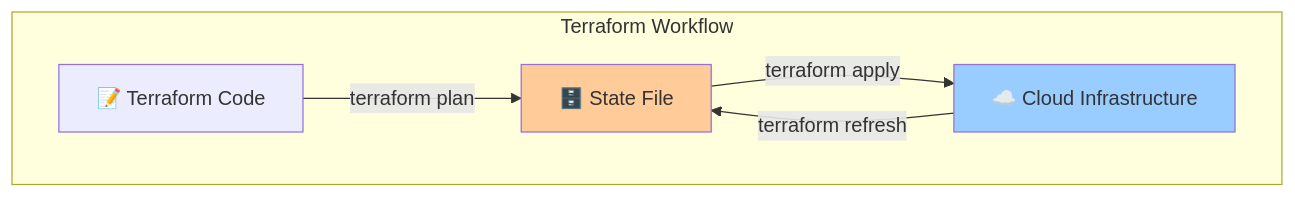
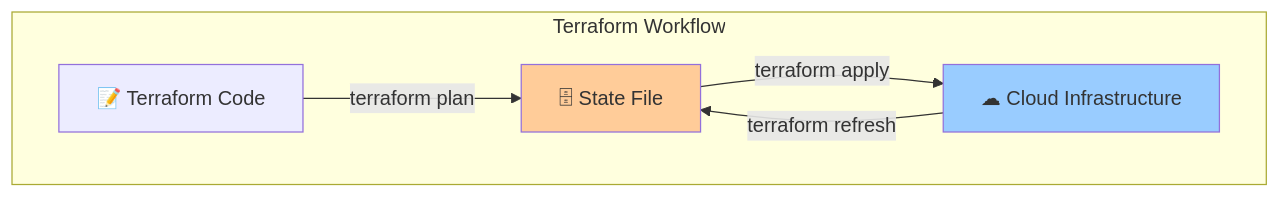
One commit to mtalvik/automation changed the third of 3 diagrams in docs/terraform_basics/lecture.md. Above: the diagram before and after it, drawn with Mermaid. The commit also changed other lines of this file and 168 other files, not shown here.

````diff
--- a/docs/terraform_basics/lecture.md
+++ b/docs/terraform_basics/lecture.md
@@ -858,15 +858,15 @@
 ```mermaid
 graph TB
     subgraph "Terraform Workflow"
         Code[📝 Terraform Code]
-        State[🗄️ State File]
-        Cloud[☁️ Cloud Infrastructure]
+        State[🗄 State File]
+        Cloud[☁ Cloud Infrastructure]
     end
     
     Code -->|terraform plan| State
     State -->|terraform apply| Cloud
     Cloud -->|terraform refresh| State
     
     style State fill:#ffcc99
     style Cloud fill:#99ccff
 ```
````
